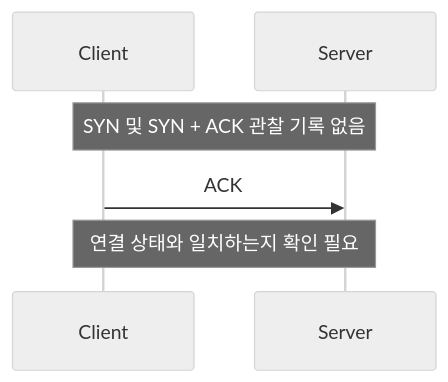
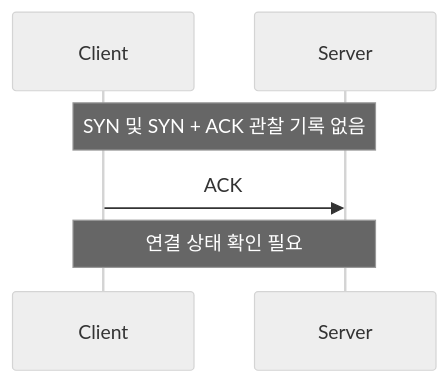
The third of 8 diagrams in _posts/2026-11-27-ids-ips.md (jjihhwaan/jjihhwaan.github.io), drawn with Mermaid (neutral theme) before and after one commit. The commit also changed other lines of this file, not shown here.

Commit message:
Fix Mermaid diagram rendering in IDS and IPS post

````diff
--- a/_posts/2026-11-27-ids-ips.md
+++ b/_posts/2026-11-27-ids-ips.md
@@ -256,9 +257,9 @@
 ```mermaid
 sequenceDiagram
     participant C as Client
     participant S as Server
 
     Note over C,S: SYN 및 SYN + ACK 관찰 기록 없음
     C->>S: ACK
-    Note over C,S: 연결 상태와 일치하는지 확인 필요
+    Note over C,S: 연결 상태 확인 필요
 ```
````
